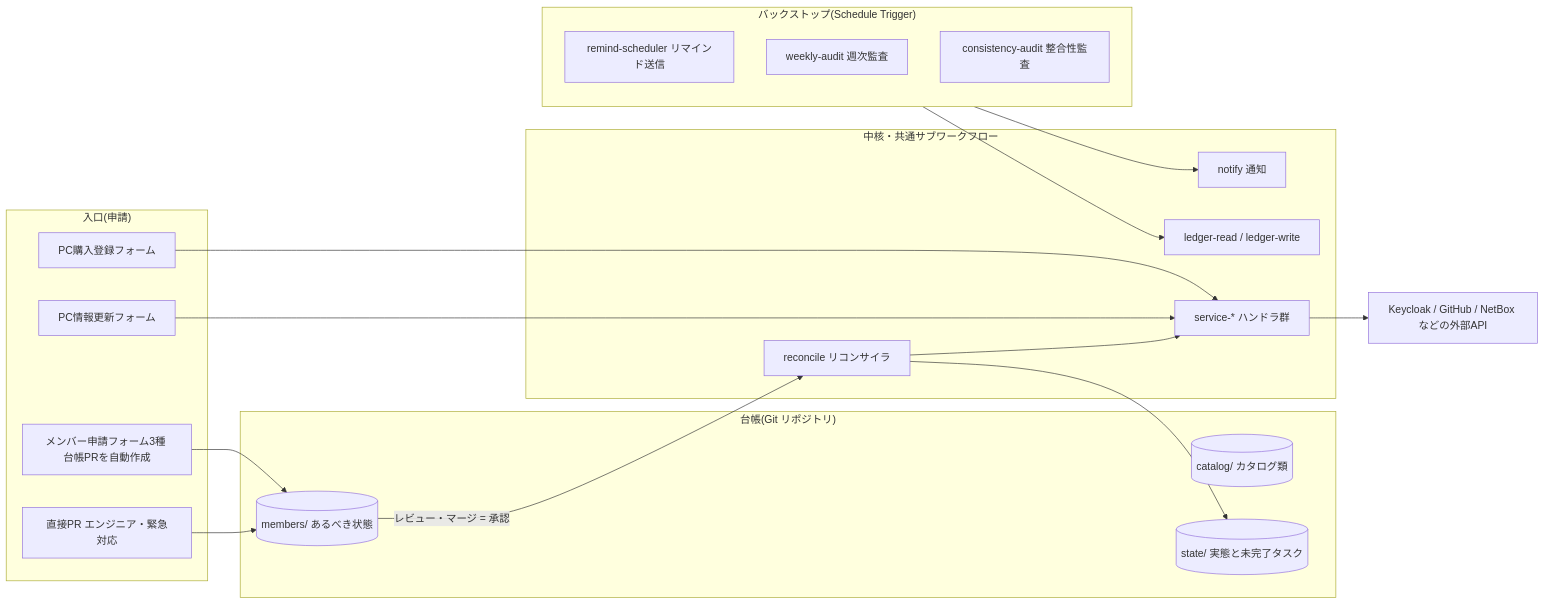
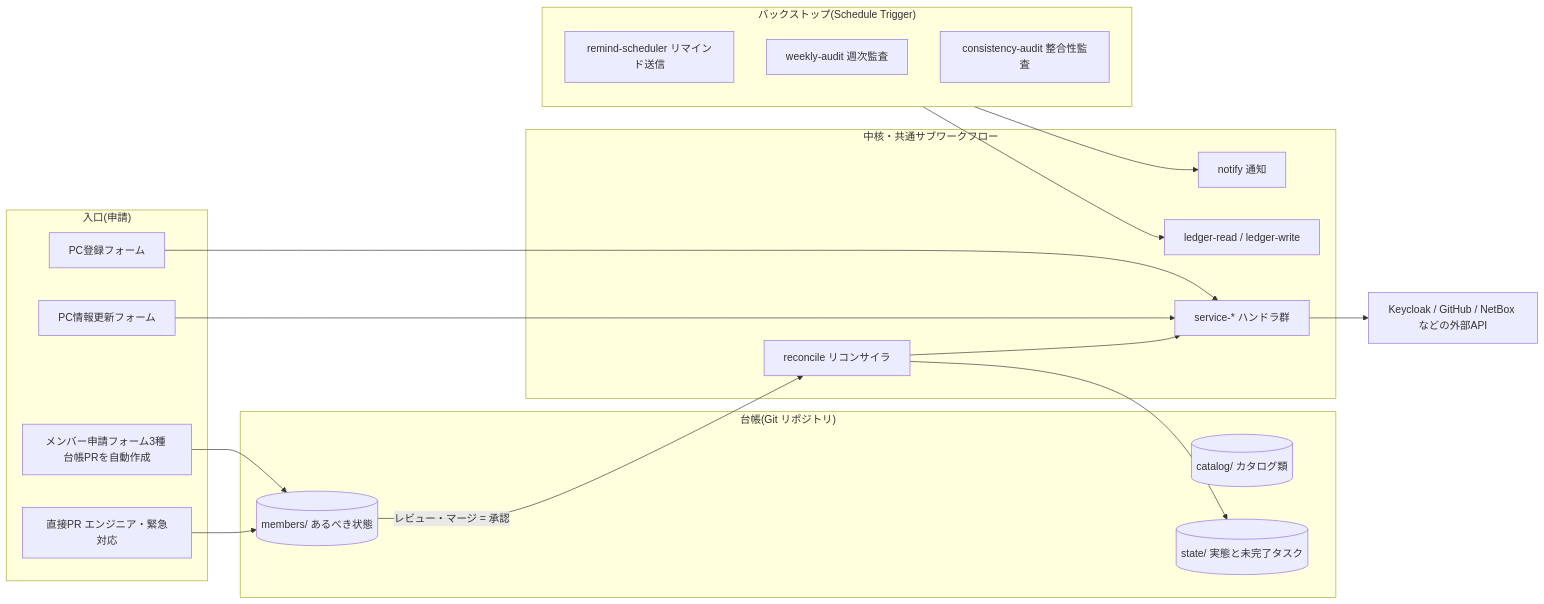
The diagram in docs/design/00-overview.md (Koala-Heavy-Industries/n8n-test), drawn with Mermaid before and after one commit. The commit also changed other lines of this file and 4 other files, not shown here.

````diff
--- a/docs/design/00-overview.md
+++ b/docs/design/00-overview.md
@@ -72,39 +72,39 @@
 ```mermaid
 flowchart LR
     subgraph entry["入口(申請)"]
         A1[メンバー申請フォーム3種 台帳PRを自動作成]
         A2[直接PR エンジニア・緊急対応]
-        A4[PC購入登録フォーム]
+        A4[PC登録フォーム]
         A5[PC情報更新フォーム]
     end
 
     subgraph ledger["台帳(Git リポジトリ)"]
         D1[(members/ あるべき状態)]
         D3[(catalog/ カタログ類)]
         D2[(state/ 実態と未完了タスク)]
     end
 
     subgraph core["中核・共通サブワークフロー"]
         B0[reconcile リコンサイラ]
         B2[notify 通知]
         B3[ledger-read / ledger-write]
         B4[service-* ハンドラ群]
     end
 
     subgraph backstop["バックストップ(Schedule Trigger)"]
         C1[remind-scheduler リマインド送信]
         C2[weekly-audit 週次監査]
         C3[consistency-audit 整合性監査]
     end
 
     A1 --> D1
     A2 --> D1
     A4 --> B4
     A5 --> B4
     D1 -->|レビュー・マージ = 承認| B0
     B0 --> B4
     B0 --> D2
     B4 --> EXT[Keycloak / GitHub / NetBox などの外部API]
     backstop --> B3
     backstop --> B2
 ```
````
